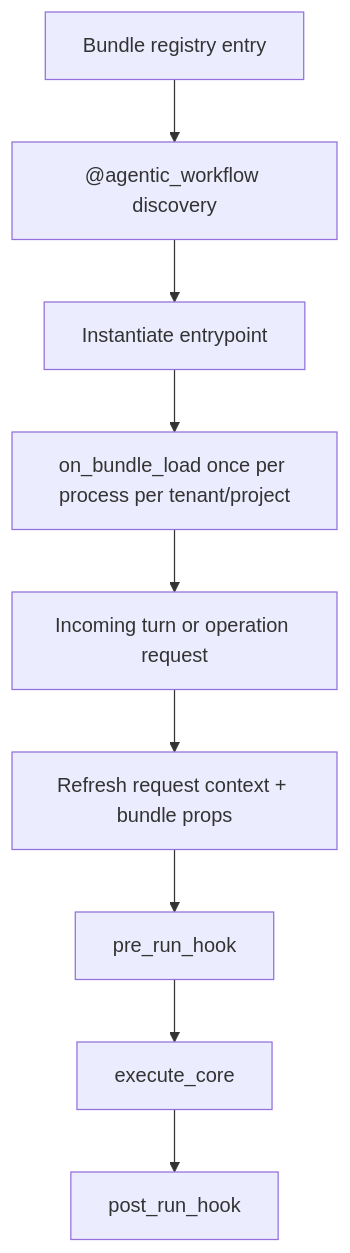
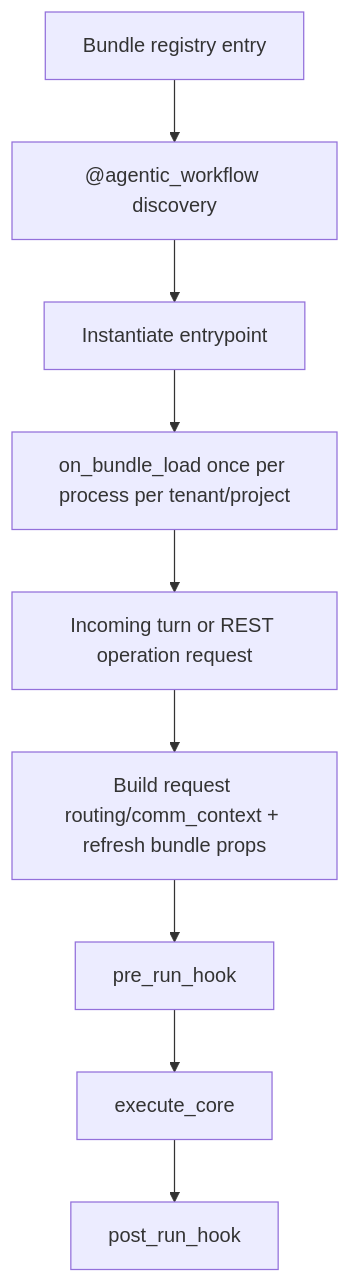
One commit to kdcube/kdcube-ai-app changed the diagram in app/ai-app/docs/sdk/bundle/bundle-lifecycle-README.md. Above: the diagram before and after it, drawn with Mermaid. The commit also changed other lines of this file and 13 other files, not shown here.

Commit message:
Explicit bundle API routes and bind request context per call

````diff
--- a/app/ai-app/docs/sdk/bundle/bundle-lifecycle-README.md
+++ b/app/ai-app/docs/sdk/bundle/bundle-lifecycle-README.md
@@ -41,11 +41,11 @@
 ```mermaid
 flowchart TD
     R[Bundle registry entry] --> D["@agentic_workflow discovery"]
     D --> I[Instantiate entrypoint]
     I --> L[on_bundle_load once per process per tenant/project]
-    L --> Q[Incoming turn or operation request]
-    Q --> B[Refresh request context + bundle props]
+    L --> Q[Incoming turn or REST operation request]
+    Q --> B[Build request routing/comm_context + refresh bundle props]
     B --> P[pre_run_hook]
     P --> E[execute_core]
     E --> O[post_run_hook]
 ```
````
